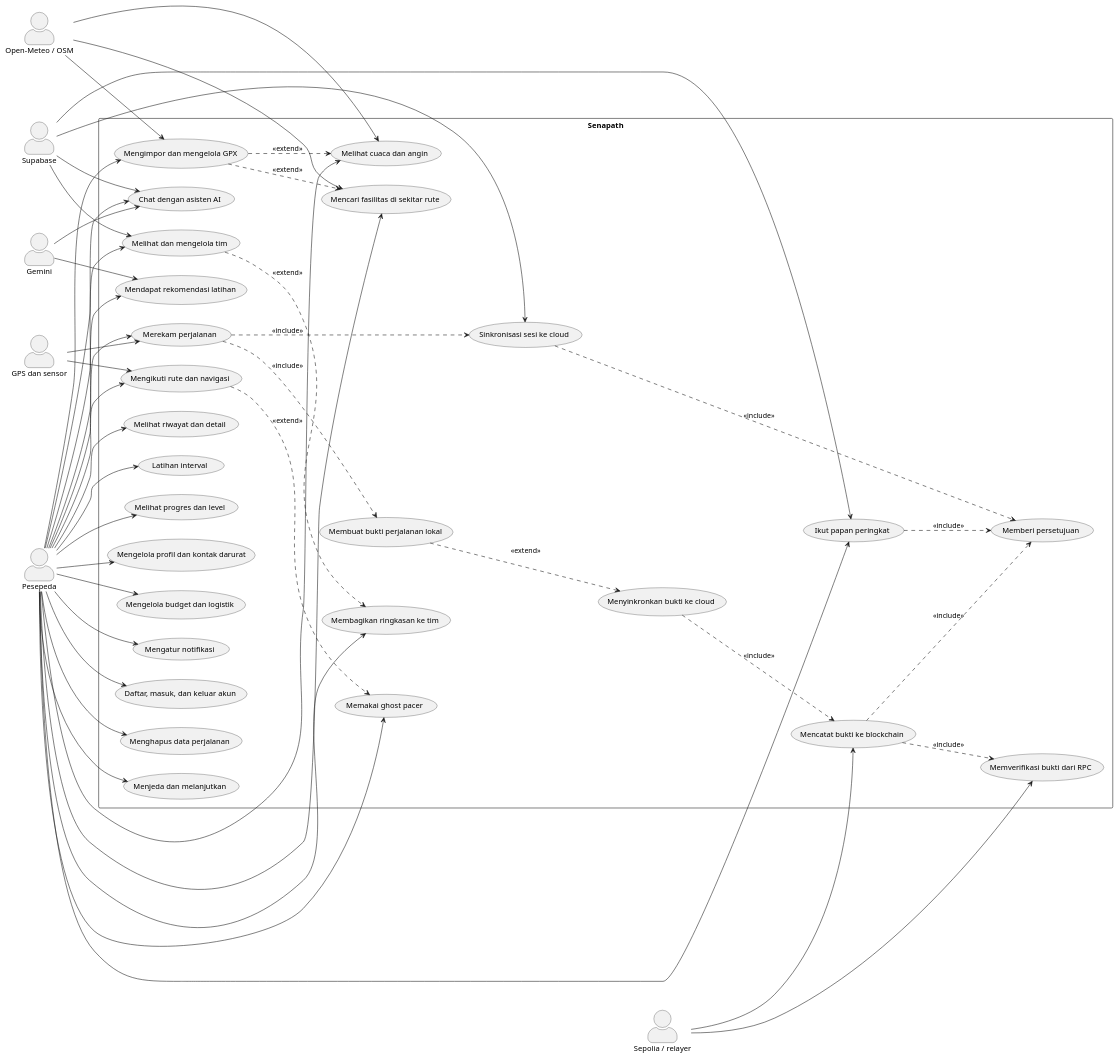
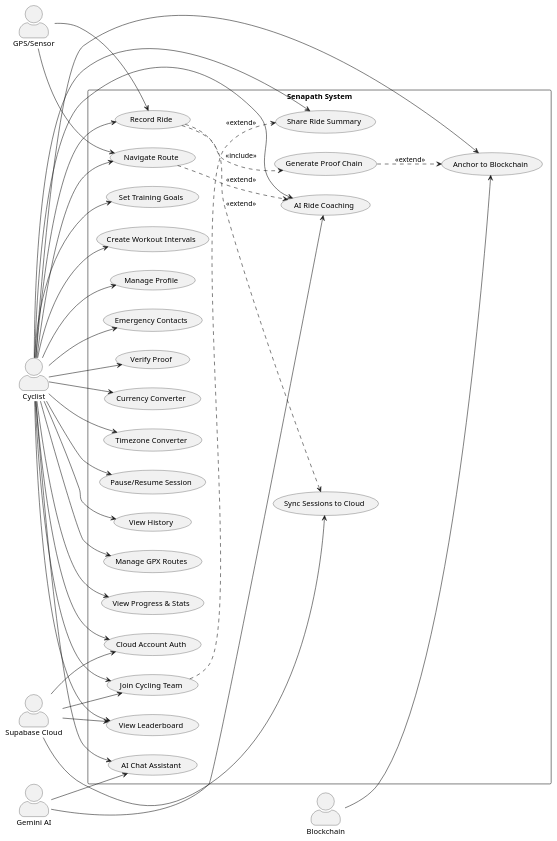
One commit to IvandryPage/senapath-app changed the first of 8 diagrams in docs/UML.md. Above: the diagram before and after it, drawn with PlantUML. The commit also changed other lines of this file and 119 other files, not shown here.

````diff
--- a/docs/UML.md
+++ b/docs/UML.md
@@ -26,91 +16,87 @@
 ```plantuml
 @startuml
 left to right direction
-skinparam packageStyle rectangle
 skinparam actorStyle awesome
 
-actor "Pesepeda" as Rider
-actor "GPS dan sensor" as Sensors
-actor "Supabase" as Cloud
-actor "Gemini" as Gemini
-actor "Sepolia / relayer" as Chain
-actor "Open-Meteo / OSM" as Geo
+actor "Cyclist" as Rider
+actor "GPS/Sensor" as GPS
+actor "Supabase Cloud" as Cloud
+actor "Gemini AI" as AI
+actor "Blockchain" as Chain
 
-rectangle "Senapath" {
-  usecase "Merekam perjalanan" as UC_Record
-  usecase "Menjeda dan melanjutkan" as UC_Pause
-  usecase "Melihat riwayat dan detail" as UC_History
-  usecase "Mengimpor dan mengelola GPX" as UC_Route
-  usecase "Mengikuti rute dan navigasi" as UC_Nav
-  usecase "Melihat cuaca dan angin" as UC_Weather
-  usecase "Mencari fasilitas di sekitar rute" as UC_POI
-  usecase "Memakai ghost pacer" as UC_Ghost
-  usecase "Latihan interval" as UC_Workout
-  usecase "Melihat progres dan level" as UC_Progress
-  usecase "Mengelola profil dan kontak darurat" as UC_Profile
-  usecase "Melihat dan mengelola tim" as UC_Team
-  usecase "Membagikan ringkasan ke tim" as UC_Share
-  usecase "Ikut papan peringkat" as UC_Leaderboard
-  usecase "Chat dengan asisten AI" as UC_Chat
-  usecase "Mendapat rekomendasi latihan" as UC_Coach
-  usecase "Mengelola budget dan logistik" as UC_Logistics
-  usecase "Mengatur notifikasi" as UC_Notif
-  usecase "Daftar, masuk, dan keluar akun" as UC_Auth
-  usecase "Sinkronisasi sesi ke cloud" as UC_Sync
-  usecase "Membuat bukti perjalanan lokal" as UC_LocalProof
-  usecase "Menyinkronkan bukti ke cloud" as UC_CloudProof
-  usecase "Mencatat bukti ke blockchain" as UC_Anchor
-  usecase "Memverifikasi bukti dari RPC" as UC_Verify
-  usecase "Memberi persetujuan" as UC_Consent
-  usecase "Menghapus data perjalanan" as UC_Delete
+rectangle "Senapath System" {
+  ' Core ride features
+  usecase "Record Ride" as UC1
+  usecase "Pause/Resume Session" as UC2
+  usecase "View History" as UC3
+  usecase "Manage GPX Routes" as UC4
+  usecase "Navigate Route" as UC5
+  
+  ' Training & analysis
+  usecase "View Progress & Stats" as UC6
+  usecase "Set Training Goals" as UC7
+  usecase "Create Workout Intervals" as UC8
+  usecase "AI Chat Assistant" as UC9
+  usecase "AI Ride Coaching" as UC10
+  
+  ' Profile & settings
+  usecase "Manage Profile" as UC11
+  usecase "Emergency Contacts" as UC12
+  usecase "Cloud Account Auth" as UC13
+  usecase "Sync Sessions to Cloud" as UC14
+  
+  ' Social & competition
+  usecase "Join Cycling Team" as UC15
+  usecase "Share Ride Summary" as UC16
+  usecase "View Leaderboard" as UC17
+  
+  ' Proof & verification
+  usecase "Generate Proof Chain" as UC18
+  usecase "Anchor to Blockchain" as UC19
+  usecase "Verify Proof" as UC20
+  
+  ' Logistics
+  usecase "Currency Converter" as UC21
+  usecase "Timezone Converter" as UC22
 }
 
-Rider --> UC_Record
-Rider --> UC_Pause
-Rider --> UC_History
-Rider --> UC_Route
-Rider --> UC_Nav
-Rider --> UC_Weather
-Rider --> UC_POI
-Rider --> UC_Ghost
-Rider --> UC_Workout
-Rider --> UC_Progress
-Rider --> UC_Profile
-Rider --> UC_Team
-Rider --> UC_Share
-Rider --> UC_Leaderboard
-Rider --> UC_Chat
-Rider --> UC_Coach
-Rider --> UC_Logistics
-Rider --> UC_Notif
-Rider --> UC_Auth
-Rider --> UC_Delete
+' Relationships
+Rider --> UC1
+Rider --> UC2
+Rider --> UC3
+Rider --> UC4
+Rider --> UC5
+Rider --> UC6
+Rider --> UC7
+Rider --> UC8
+Rider --> UC9
+Rider --> UC10
+Rider --> UC11
+Rider --> UC12
+Rider --> UC13
+Rider --> UC15
+Rider --> UC16
+Rider --> UC17
+Rider --> UC19
+Rider --> UC20
+Rider --> UC21
+Rider --> UC22
 
-Sensors --> UC_Record
-Sensors --> UC_Nav
-Geo --> UC_Weather
-Geo --> UC_POI
-Geo --> UC_Route
-Cloud --> UC_Sync
-Cloud --> UC_Chat
-Cloud --> UC_Team
-Cloud --> UC_Leaderboard
-Chain --> UC_Anchor
-Chain --> UC_Verify
-Gemini --> UC_Chat
-Gemini --> UC_Coach
+GPS --> UC1
+GPS --> UC5
+Cloud --> UC13
+Cloud --> UC14
+Cloud --> UC15
+Cloud --> UC17
+AI --> UC9
+AI --> UC10
+Chain --> UC19
 
-UC_Record ..> UC_LocalProof : <<include>>
-UC_Record ..> UC_Sync : <<include>>
-UC_LocalProof ..> UC_CloudProof : <<extend>>
-UC_CloudProof ..> UC_Anchor : <<include>>
-UC_Anchor ..> UC_Consent : <<include>>
-UC_Anchor ..> UC_Verify : <<include>>
-UC_Sync ..> UC_Consent : <<include>>
-UC_Leaderboard ..> UC_Consent : <<include>>
-UC_Team ..> UC_Share : <<extend>>
-UC_Nav ..> UC_Ghost : <<extend>>
-UC_Route ..> UC_Weather : <<extend>>
-UC_Route ..> UC_POI : <<extend>>
+UC1 ..> UC18 : <<include>>
+UC1 ..> UC14 : <<extend>>
+UC18 ..> UC19 : <<extend>>
+UC5 ..> UC10 : <<extend>>
+UC15 ..> UC16 : <<extend>>
+
 @enduml
 ```
````
